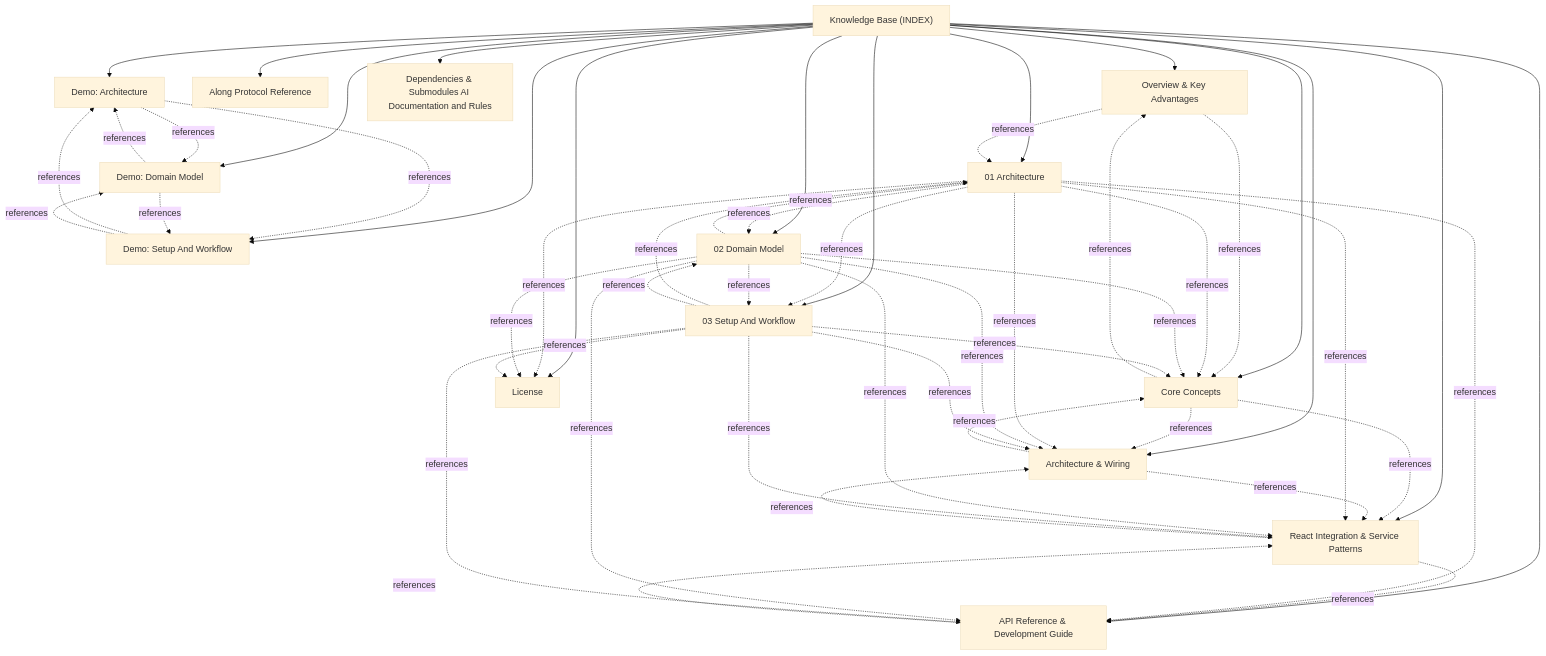
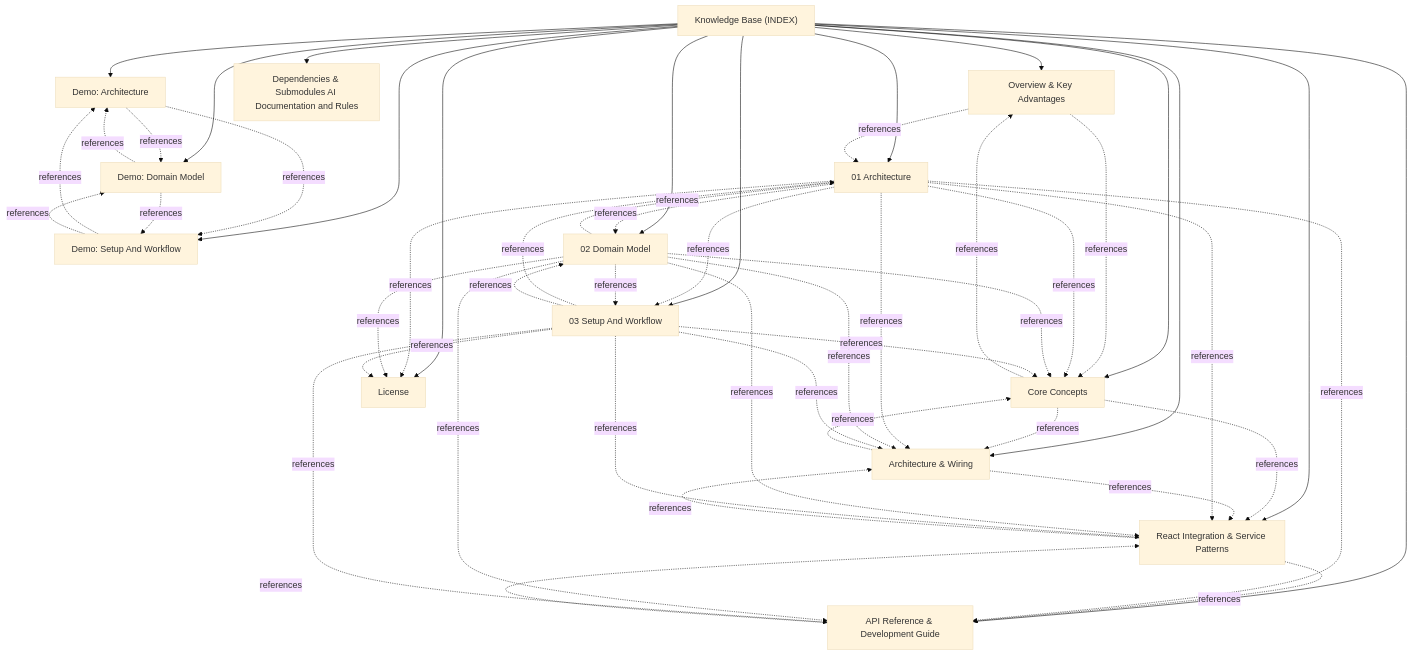
Before and after one commit to actdim/dynstruct: the diagram in docs/INDEX.md, drawn with Mermaid (base theme). The commit also changed other lines of this file and 7 other files, not shown here.

Commit message:
docs: sync along protocol, issues and docs (refs #validation-ergonomics)

````diff
--- a/docs/INDEX.md
+++ b/docs/INDEX.md
@@ -17,69 +17,67 @@
 ```mermaid
 flowchart TD
     INDEX["Knowledge Base (INDEX)"]
     T_01_OVERVIEW_AND_ADVANTAGES["Overview & Key Advantages"]
     INDEX --> T_01_OVERVIEW_AND_ADVANTAGES
     T_02_CORE_CONCEPTS["Core Concepts"]
     INDEX --> T_02_CORE_CONCEPTS
     T_03__ARCHITECTURE____ARCHITECTURE_MD__AND_WIRING["Architecture & Wiring"]
     INDEX --> T_03__ARCHITECTURE____ARCHITECTURE_MD__AND_WIRING
     T_04_REACT_INTEGRATION["React Integration & Service Patterns"]
     INDEX --> T_04_REACT_INTEGRATION
     T_05_API_REFERENCE["API Reference & Development Guide"]
     INDEX --> T_05_API_REFERENCE
-    T_ALONG_PROTOCOL["Along Protocol Reference"]
-    INDEX --> T_ALONG_PROTOCOL
     T_ARCHITECTURE["01 Architecture"]
     INDEX --> T_ARCHITECTURE
     T_DEMO_ARCHITECTURE["Demo: Architecture"]
     INDEX --> T_DEMO_ARCHITECTURE
     T_DEMO_DOMAIN_MODEL["Demo: Domain Model"]
     INDEX --> T_DEMO_DOMAIN_MODEL
     T_DEMO_SETUP_AND_WORKFLOW["Demo: Setup And Workflow"]
     INDEX --> T_DEMO_SETUP_AND_WORKFLOW
     T_DEPENDENCIES["Dependencies & Submodules AI Documentation and Rules"]
     INDEX --> T_DEPENDENCIES
     T_DOMAIN_MODEL["02 Domain Model"]
     INDEX --> T_DOMAIN_MODEL
     T_LICENSE["License"]
     INDEX --> T_LICENSE
     T_SETUP_AND_WORKFLOW["03 Setup And Workflow"]
     INDEX --> T_SETUP_AND_WORKFLOW
     T_01_OVERVIEW_AND_ADVANTAGES -.->|references| T_02_CORE_CONCEPTS
     T_01_OVERVIEW_AND_ADVANTAGES -.->|references| T_ARCHITECTURE
     T_02_CORE_CONCEPTS -.->|references| T_01_OVERVIEW_AND_ADVANTAGES
     T_02_CORE_CONCEPTS -.->|references| T_03__ARCHITECTURE____ARCHITECTURE_MD__AND_WIRING
     T_02_CORE_CONCEPTS -.->|references| T_04_REACT_INTEGRATION
     T_03__ARCHITECTURE____ARCHITECTURE_MD__AND_WIRING -.->|references| T_02_CORE_CONCEPTS
     T_03__ARCHITECTURE____ARCHITECTURE_MD__AND_WIRING -.->|references| T_04_REACT_INTEGRATION
     T_04_REACT_INTEGRATION -.->|references| T_03__ARCHITECTURE____ARCHITECTURE_MD__AND_WIRING
     T_04_REACT_INTEGRATION -.->|references| T_05_API_REFERENCE
     T_05_API_REFERENCE -.->|references| T_04_REACT_INTEGRATION
     T_ARCHITECTURE -.->|references| T_02_CORE_CONCEPTS
     T_ARCHITECTURE -.->|references| T_03__ARCHITECTURE____ARCHITECTURE_MD__AND_WIRING
     T_ARCHITECTURE -.->|references| T_04_REACT_INTEGRATION
     T_ARCHITECTURE -.->|references| T_05_API_REFERENCE
     T_ARCHITECTURE -.->|references| T_DOMAIN_MODEL
     T_ARCHITECTURE -.->|references| T_SETUP_AND_WORKFLOW
     T_ARCHITECTURE -.->|references| T_LICENSE
     T_DEMO_ARCHITECTURE -.->|references| T_DEMO_DOMAIN_MODEL
     T_DEMO_ARCHITECTURE -.->|references| T_DEMO_SETUP_AND_WORKFLOW
     T_DEMO_DOMAIN_MODEL -.->|references| T_DEMO_ARCHITECTURE
     T_DEMO_DOMAIN_MODEL -.->|references| T_DEMO_SETUP_AND_WORKFLOW
     T_DEMO_SETUP_AND_WORKFLOW -.->|references| T_DEMO_ARCHITECTURE
     T_DEMO_SETUP_AND_WORKFLOW -.->|references| T_DEMO_DOMAIN_MODEL
     T_DOMAIN_MODEL -.->|references| T_ARCHITECTURE
     T_DOMAIN_MODEL -.->|references| T_02_CORE_CONCEPTS
     T_DOMAIN_MODEL -.->|references| T_03__ARCHITECTURE____ARCHITECTURE_MD__AND_WIRING
     T_DOMAIN_MODEL -.->|references| T_04_REACT_INTEGRATION
     T_DOMAIN_MODEL -.->|references| T_05_API_REFERENCE
     T_DOMAIN_MODEL -.->|references| T_SETUP_AND_WORKFLOW
     T_DOMAIN_MODEL -.->|references| T_LICENSE
     T_SETUP_AND_WORKFLOW -.->|references| T_ARCHITECTURE
     T_SETUP_AND_WORKFLOW -.->|references| T_DOMAIN_MODEL
     T_SETUP_AND_WORKFLOW -.->|references| T_02_CORE_CONCEPTS
     T_SETUP_AND_WORKFLOW -.->|references| T_03__ARCHITECTURE____ARCHITECTURE_MD__AND_WIRING
     T_SETUP_AND_WORKFLOW -.->|references| T_04_REACT_INTEGRATION
     T_SETUP_AND_WORKFLOW -.->|references| T_05_API_REFERENCE
     T_SETUP_AND_WORKFLOW -.->|references| T_LICENSE
 ```
````
